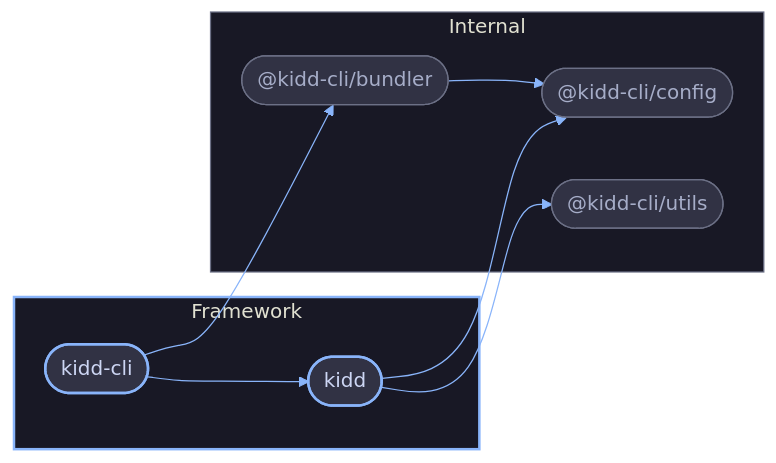
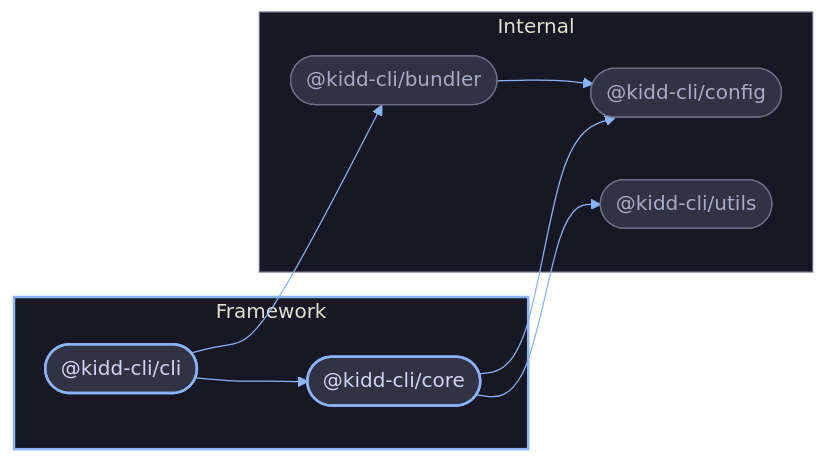
One commit to joggrdocs/kidd changed the diagram in docs/README.md. Above: the diagram before and after it, drawn with Mermaid. The commit also changed other lines of this file and 28 other files, not shown here.

First line of the commit message:
docs(repo): update all references from kidd to @kidd-cli/core

````diff
--- a/docs/README.md
+++ b/docs/README.md
@@ -7,44 +7,44 @@
 ```mermaid
 %%{init: {
   'theme': 'base',
   'themeVariables': {
     'primaryColor': '#313244',
     'primaryTextColor': '#cdd6f4',
     'primaryBorderColor': '#6c7086',
     'lineColor': '#89b4fa',
     'secondaryColor': '#45475a',
     'tertiaryColor': '#1e1e2e',
     'background': '#1e1e2e',
     'mainBkg': '#313244',
     'clusterBkg': '#1e1e2e',
     'clusterBorder': '#45475a'
   },
   'flowchart': { 'curve': 'basis', 'padding': 15 }
 }}%%
 flowchart LR
     subgraph framework["Framework"]
-        K(["kidd"])
-        CLI(["kidd-cli"])
+        K(["@kidd-cli/core"])
+        CLI(["@kidd-cli/cli"])
     end
 
     subgraph internal["Internal"]
         CFG(["@kidd-cli/config"])
         UTL(["@kidd-cli/utils"])
         BDL(["@kidd-cli/bundler"])
     end
 
     CLI --> K
     CLI --> BDL
     K --> CFG
     K --> UTL
     BDL --> CFG
 
     classDef core fill:#313244,stroke:#89b4fa,stroke-width:2px,color:#cdd6f4
     classDef int fill:#313244,stroke:#6c7086,stroke-width:1px,color:#a6adc8
 
     class K,CLI core
     class CFG,UTL,BDL int
 
     style framework fill:#181825,stroke:#89b4fa,stroke-width:2px
     style internal fill:#181825,stroke:#6c7086,stroke-width:1px
 ```
````
